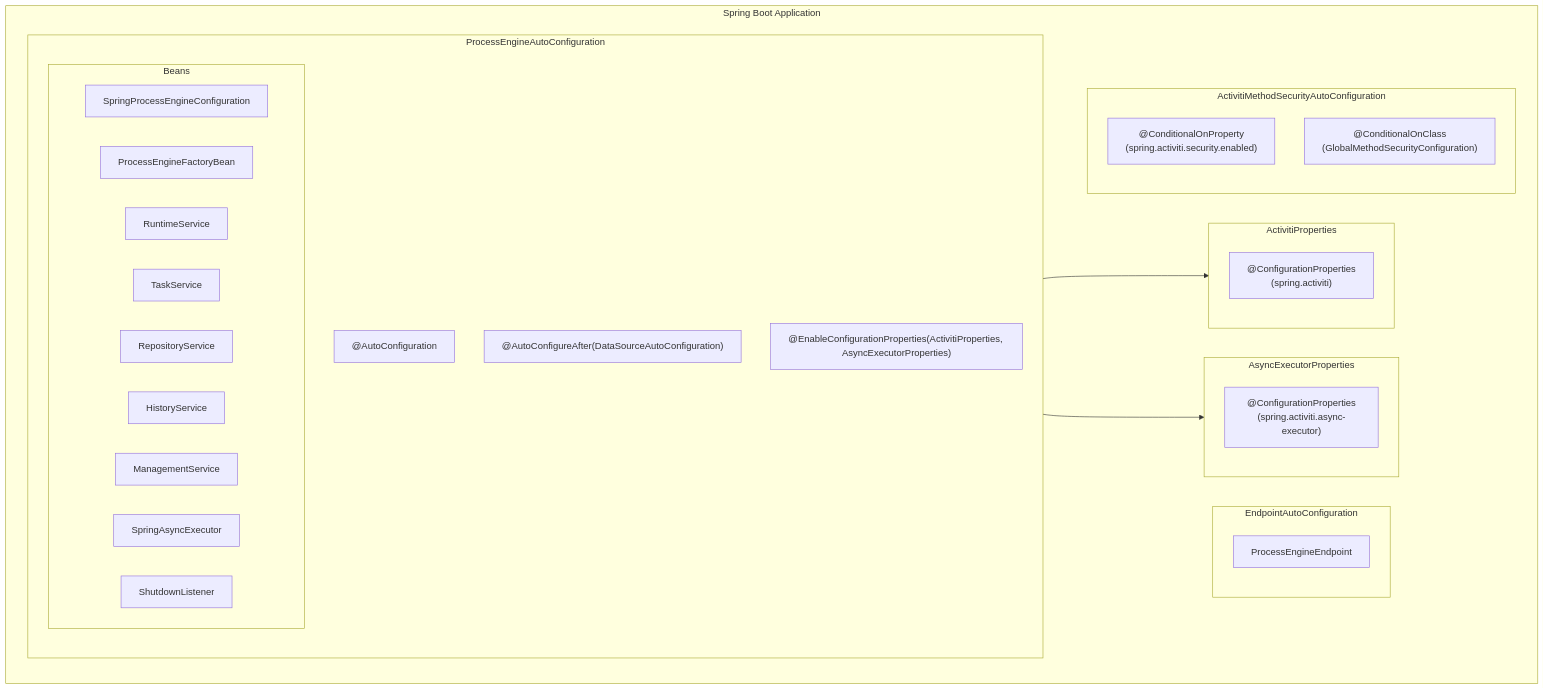
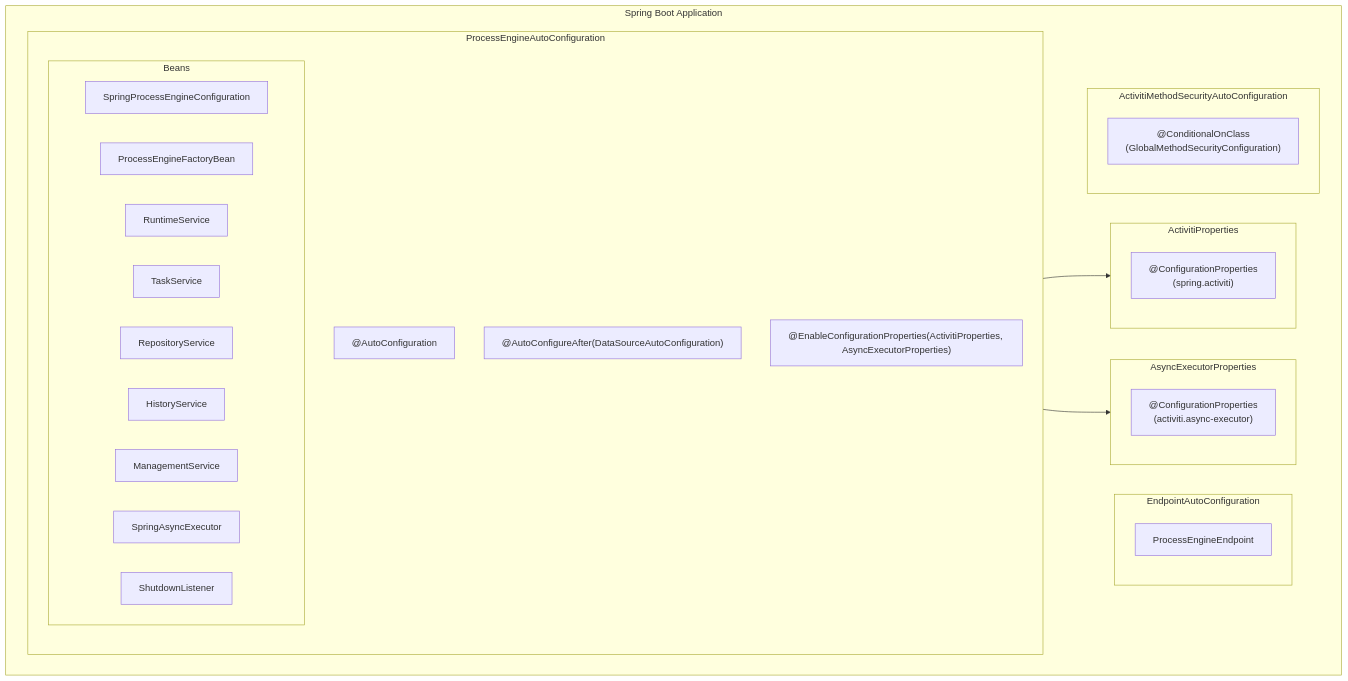
The second of 2 diagrams in docs/api-reference/engine-api/spring-boot-starter.mdx (CaptainGlac1er/activiti-documentation), drawn with Mermaid before and after one commit. The commit also changed other lines of this file and 63 other files, not shown here.

First line of the commit message:
docs: align BPMN attributes, config properties, and API examples with Activiti source (#10)

````diff
--- a/docs/api-reference/engine-api/spring-boot-starter.mdx
+++ b/docs/api-reference/engine-api/spring-boot-starter.mdx
@@ -131,42 +132,41 @@
 ```mermaid
 flowchart TD
     subgraph SpringBootApp["Spring Boot Application"]
         subgraph AutoConfig["ProcessEngineAutoConfiguration"]
             AC1["@AutoConfiguration"]
             AC2["@AutoConfigureAfter(DataSourceAutoConfiguration)"]
             AC3["@EnableConfigurationProperties(ActivitiProperties, AsyncExecutorProperties)"]
 
             subgraph Beans["Beans"]
                 B1["SpringProcessEngineConfiguration"]
                 B2["ProcessEngineFactoryBean"]
                 B3["RuntimeService"]
                 B4["TaskService"]
                 B5["RepositoryService"]
                 B6["HistoryService"]
                 B7["ManagementService"]
                 B8["SpringAsyncExecutor"]
                 B9["ShutdownListener"]
             end
         end
 
         subgraph Properties["ActivitiProperties"]
             P1["@ConfigurationProperties<br>(spring.activiti)"]
         end
 
         subgraph AsyncProps["AsyncExecutorProperties"]
-            P2["@ConfigurationProperties<br>(spring.activiti.async-executor)"]
+            P2["@ConfigurationProperties<br>(activiti.async-executor)"]
         end
 
         subgraph EndpointCfg["EndpointAutoConfiguration"]
             E1["ProcessEngineEndpoint"]
         end
 
         subgraph SecurityCfg["ActivitiMethodSecurityAutoConfiguration"]
-            S1["@ConditionalOnProperty<br>(spring.activiti.security.enabled)"]
-            S2["@ConditionalOnClass<br>(GlobalMethodSecurityConfiguration)"]
+            S1["@ConditionalOnClass<br>(GlobalMethodSecurityConfiguration)"]
         end
     end
 
     AutoConfig --> Properties
     AutoConfig --> AsyncProps
 ```
````
